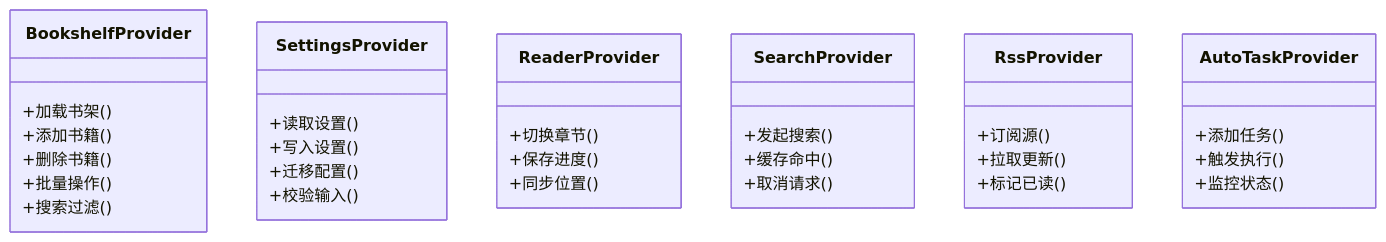
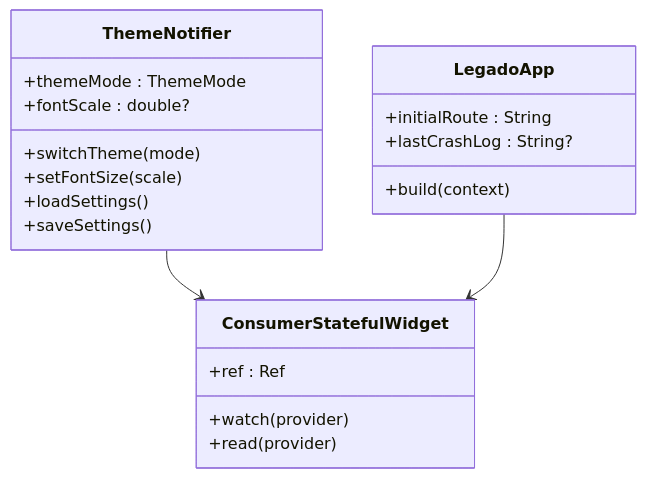
One commit to ZhangGHGitHub/LegadoTeamFlutter changed the sixth of 9 diagrams in .qoder/repowiki/zh/content/Flutter跨平台应用/Flutter跨平台应用.md. Above: the diagram before and after it, drawn with Mermaid. The commit also changed other lines of this file and 173 other files, not shown here.

````diff
--- a/.qoder/repowiki/zh/content/Flutter跨平台应用/Flutter跨平台应用.md
+++ b/.qoder/repowiki/zh/content/Flutter跨平台应用/Flutter跨平台应用.md
@@ -223,36 +417,23 @@
 ```mermaid
 classDiagram
-class BookshelfProvider {
-+加载书架()
-+添加书籍()
-+删除书籍()
-+批量操作()
-+搜索过滤()
+class ThemeNotifier {
++themeMode : ThemeMode
++fontScale : double?
++switchTheme(mode)
++setFontSize(scale)
++loadSettings()
++saveSettings()
 }
-class SettingsProvider {
-+读取设置()
-+写入设置()
-+迁移配置()
-+校验输入()
+class LegadoApp {
++initialRoute : String
++lastCrashLog : String?
++build(context)
 }
-class ReaderProvider {
-+切换章节()
-+保存进度()
-+同步位置()
+class ConsumerStatefulWidget {
++ref : Ref
++watch(provider)
++read(provider)
 }
-class SearchProvider {
-+发起搜索()
-+缓存命中()
-+取消请求()
-}
-class RssProvider {
-+订阅源()
-+拉取更新()
-+标记已读()
-}
-class AutoTaskProvider {
-+添加任务()
-+触发执行()
-+监控状态()
-}
+ThemeNotifier --> ConsumerStatefulWidget
+LegadoApp --> ConsumerStatefulWidget
 ```
````
